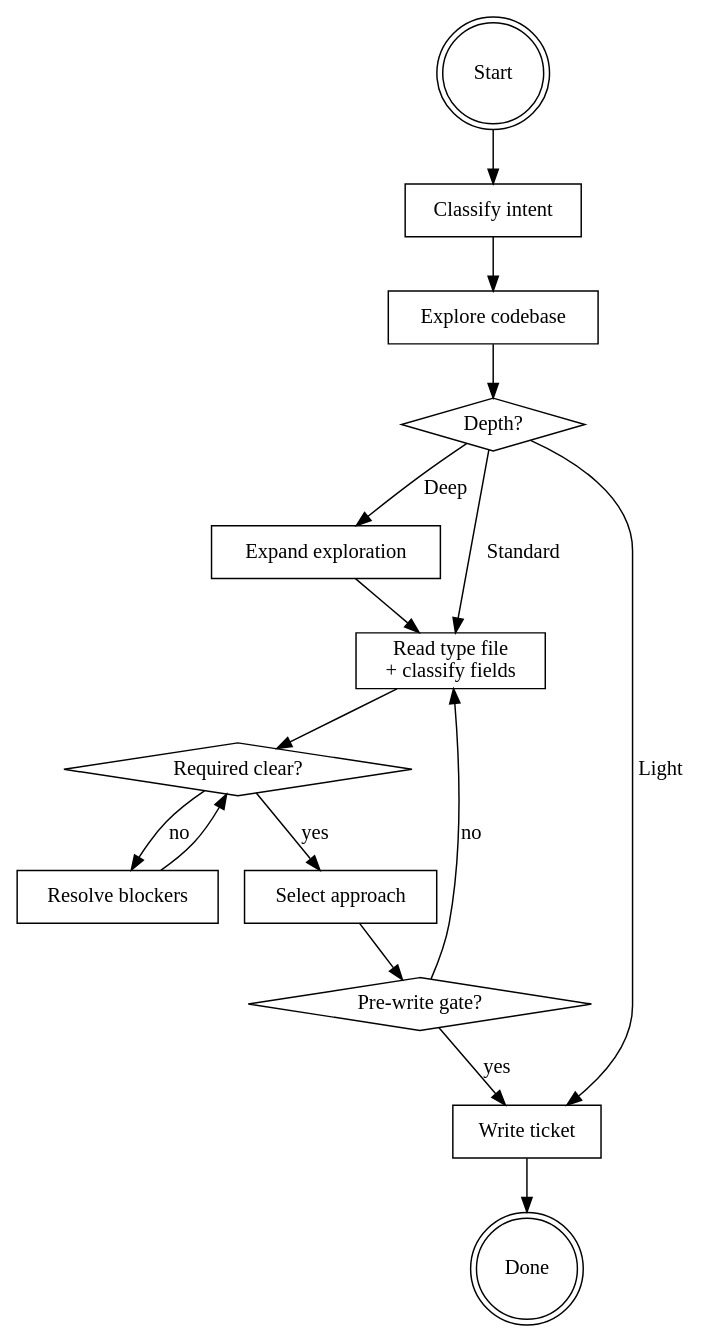
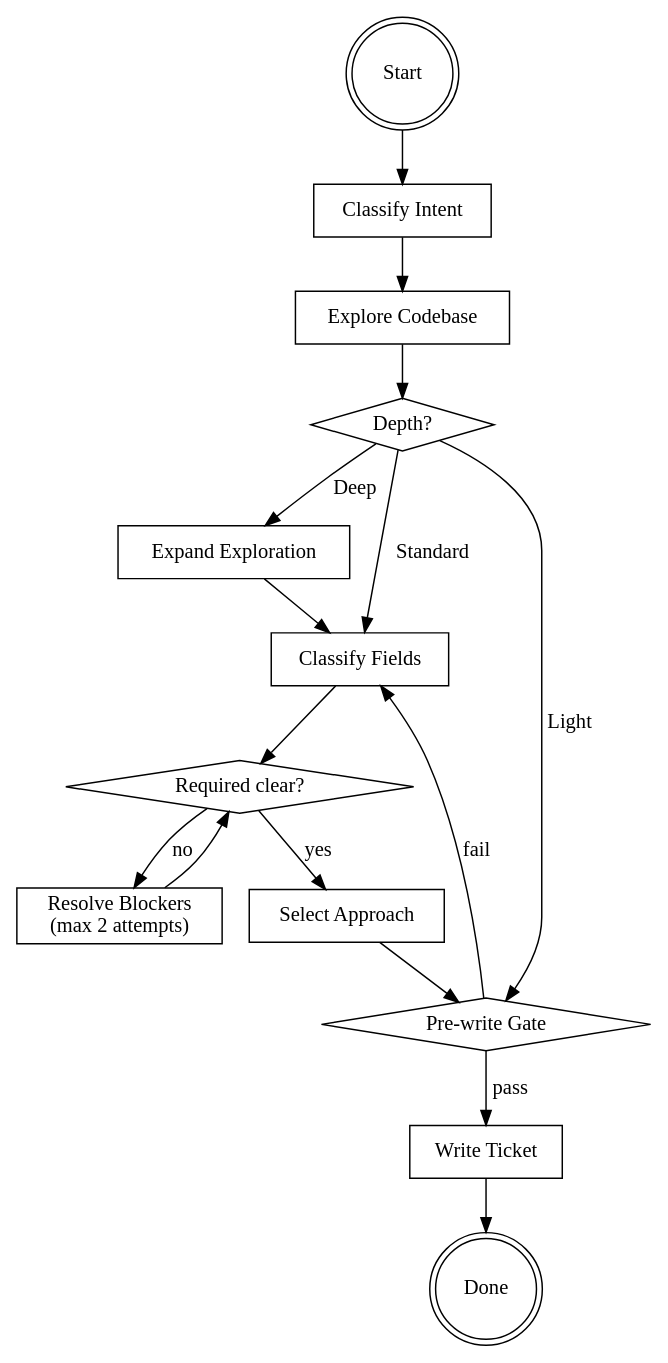
One commit to dongdokee/port-garden changed the diagram in .agents/skills/research/SKILL.md. Above: the diagram before and after it, drawn with Graphviz. The commit also changed other lines of this file, not shown here.

````diff
--- a/.agents/skills/research/SKILL.md
+++ b/.agents/skills/research/SKILL.md
@@ -18,32 +20,32 @@
 ```dot
 digraph research {
     Start [shape=doublecircle];
-    "Classify intent" [shape=box];
-    "Explore codebase" [shape=box];
+    "Classify Intent" [shape=box];
+    "Explore Codebase" [shape=box];
     "Depth?" [shape=diamond];
-    "Expand exploration" [shape=box];
-    "Read type file\n+ classify fields" [shape=box];
+    "Expand Exploration" [shape=box];
+    "Classify Fields" [shape=box];
     "Required clear?" [shape=diamond];
-    "Resolve blockers" [shape=box];
-    "Select approach" [shape=box];
-    "Pre-write gate?" [shape=diamond];
-    "Write ticket" [shape=box];
+    "Resolve Blockers\n(max 2 attempts)" [shape=box];
+    "Select Approach" [shape=box];
+    "Pre-write Gate" [shape=diamond];
+    "Write Ticket" [shape=box];
     Done [shape=doublecircle];
 
-    Start -> "Classify intent";
-    "Classify intent" -> "Explore codebase";
-    "Explore codebase" -> "Depth?";
-    "Depth?" -> "Write ticket" [label="Light"];
-    "Depth?" -> "Read type file\n+ classify fields" [label="Standard"];
-    "Depth?" -> "Expand exploration" [label="Deep"];
-    "Expand exploration" -> "Read type file\n+ classify fields";
-    "Read type file\n+ classify fields" -> "Required clear?";
-    "Required clear?" -> "Select approach" [label="yes"];
-    "Required clear?" -> "Resolve blockers" [label="no"];
-    "Resolve blockers" -> "Required clear?";
-    "Select approach" -> "Pre-write gate?";
-    "Pre-write gate?" -> "Write ticket" [label="yes"];
-    "Pre-write gate?" -> "Read type file\n+ classify fields" [label="no"];
-    "Write ticket" -> Done;
+    Start -> "Classify Intent";
+    "Classify Intent" -> "Explore Codebase";
+    "Explore Codebase" -> "Depth?";
+    "Depth?" -> "Pre-write Gate" [label="Light"];
+    "Depth?" -> "Classify Fields" [label="Standard"];
+    "Depth?" -> "Expand Exploration" [label="Deep"];
+    "Expand Exploration" -> "Classify Fields";
+    "Classify Fields" -> "Required clear?";
+    "Required clear?" -> "Select Approach" [label="yes"];
+    "Required clear?" -> "Resolve Blockers\n(max 2 attempts)" [label="no"];
+    "Resolve Blockers\n(max 2 attempts)" -> "Required clear?";
+    "Select Approach" -> "Pre-write Gate";
+    "Pre-write Gate" -> "Write Ticket" [label="pass"];
+    "Pre-write Gate" -> "Classify Fields" [label="fail"];
+    "Write Ticket" -> Done;
 }
 ```
````
